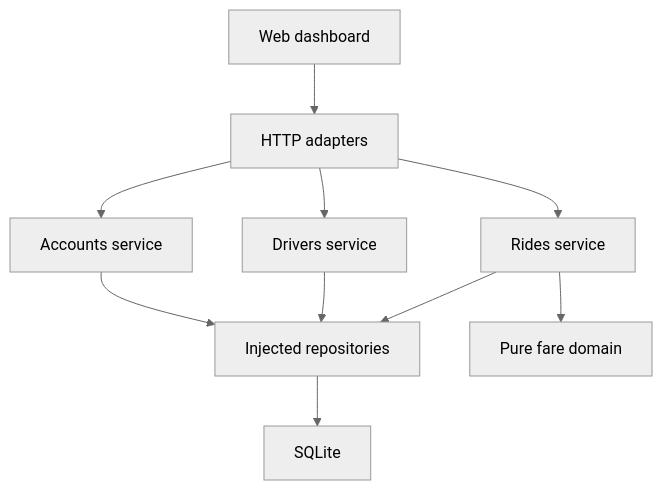
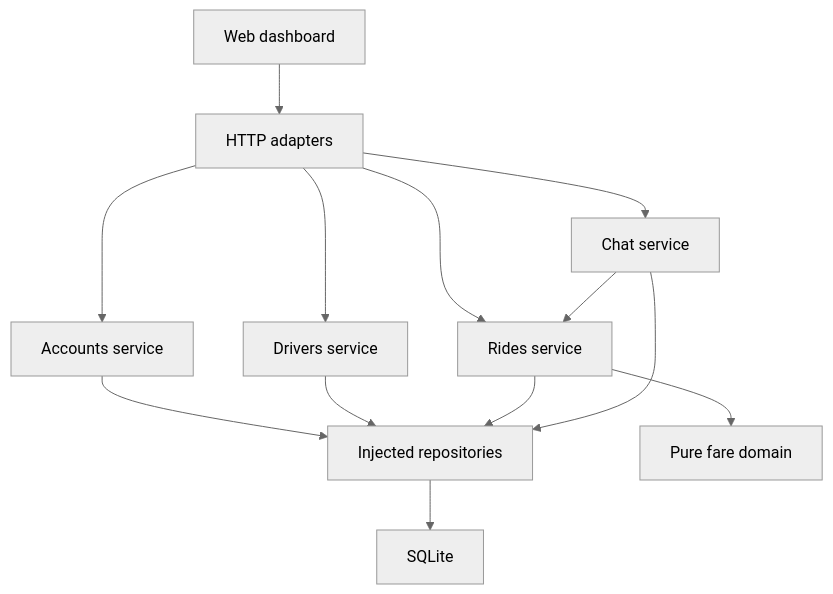
The diagram in docs/architecture.md (Dax22/taxi-ai), drawn with Mermaid (neutral theme) before and after one commit. The commit also changed other lines of this file and 35 other files, not shown here.

````diff
--- a/docs/architecture.md
+++ b/docs/architecture.md
@@ -40,12 +41,15 @@
 ```mermaid
 flowchart TD
   Web[Web dashboard] --> HTTP[HTTP adapters]
   HTTP --> Accounts[Accounts service]
   HTTP --> Drivers[Drivers service]
   HTTP --> Rides[Rides service]
+  HTTP --> Chat[Chat service]
   Accounts --> Repos[Injected repositories]
   Drivers --> Repos
   Rides --> Repos
   Rides --> Domain[Pure fare domain]
+  Chat --> Repos
+  Chat --> Rides
   Repos --> DB[SQLite]
 ```
````
